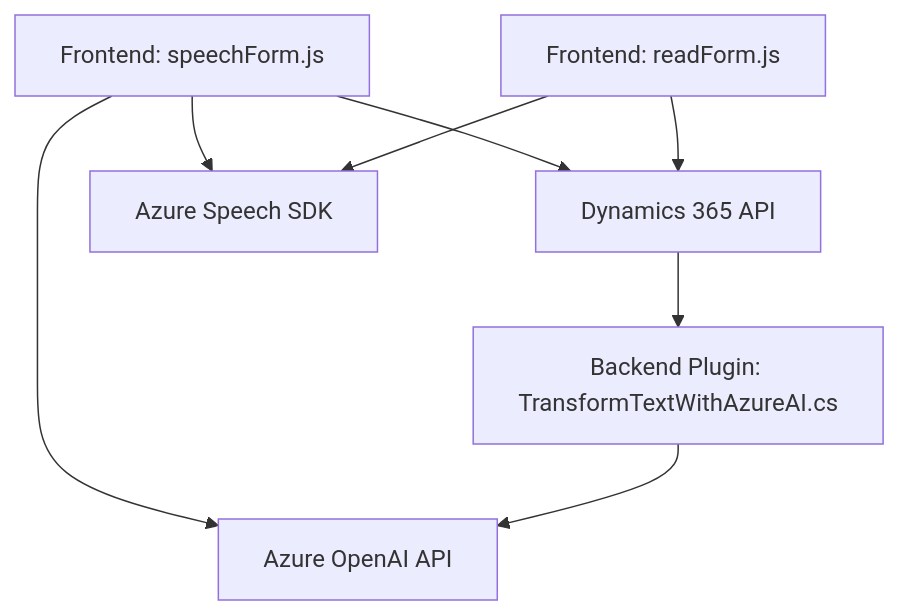
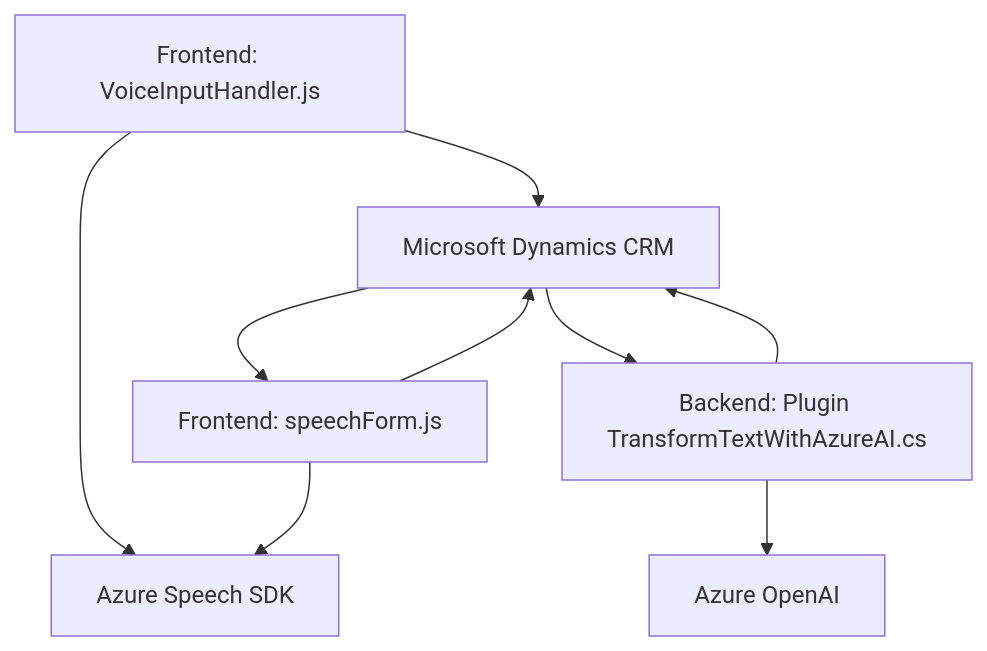
The diagram in README.md (blopezdm/NETCORE_BILBAO2025), drawn with Mermaid before and after one commit. The commit also changed other lines of this file, not shown here.

````diff
--- a/README.md
+++ b/README.md
@@ -41,17 +35,18 @@
 ```mermaid
 graph TD
-    A["Frontend: speechForm.js"]
-    B["Frontend: readForm.js"]
-    C["Dynamics 365 API"]
+    A["Frontend: VoiceInputHandler.js"]
+    B["Frontend: speechForm.js"]
+    C["Backend: Plugin TransformTextWithAzureAI.cs"]
     D["Azure Speech SDK"]
-    E["Azure OpenAI API"]
-    F["Backend Plugin: TransformTextWithAzureAI.cs"]
-    
-    A --> C
-    B --> C
+    E["Microsoft Dynamics CRM"]
+    F["Azure OpenAI"]
+
+    A --> E
+    B --> E
     A --> D
     B --> D
-    A --> E
-    F --> E
+    C --> E
     C --> F
+    E --> B
+    E --> C
 ```
````
